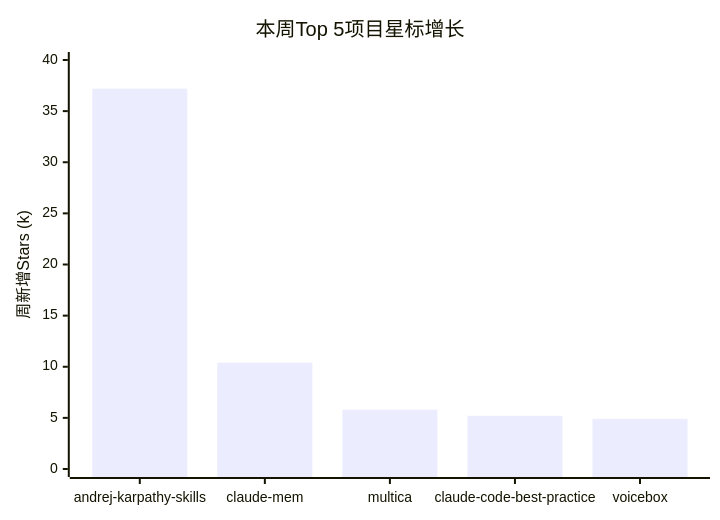
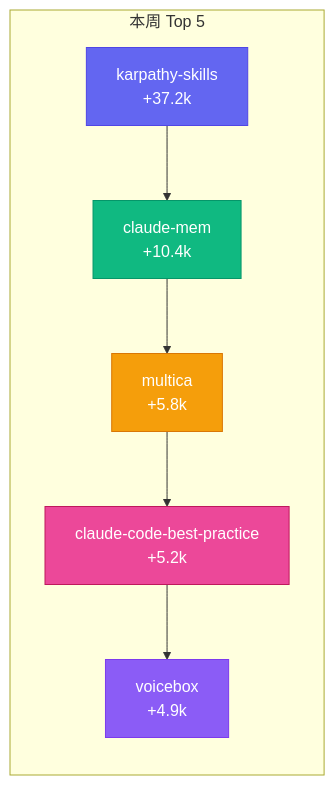
One commit to VokoForge/ai-prism changed the first of 2 diagrams in posts/external-lens/zh/day-10.md. Above: the diagram before and after it, drawn with Mermaid. The commit also changed other lines of this file and 11 other files, not shown here.

Commit message:
✍️ Rewrite external lens: strict WeChat style + fix all Mermaid diagrams

````diff
--- a/posts/external-lens/zh/day-10.md
+++ b/posts/external-lens/zh/day-10.md
@@ -12,7 +7,15 @@
 ```mermaid
-xychart-beta
-    title "本周Top 5项目星标增长"
-    x-axis ["andrej-karpathy-skills", "claude-mem", "multica", "claude-code-best-practice", "voicebox"]
-    y-axis "周新增Stars (k)" 0 --> 40
-    bar [37.2, 10.4, 5.8, 5.2, 4.9]
+flowchart LR
+    subgraph TOP5[本周 Top 5]
+        K[karpathy-skills<br>+37.2k] --> CM[claude-mem<br>+10.4k]
+        CM --> MU[multica<br>+5.8k]
+        MU --> CB[claude-code-best-practice<br>+5.2k]
+        CB --> VB[voicebox<br>+4.9k]
+    end
+
+    style K fill:#6366f1,stroke:#4f46e5,color:#fff
+    style CM fill:#10b981,stroke:#059669,color:#fff
+    style MU fill:#f59e0b,stroke:#d97706,color:#fff
+    style CB fill:#ec4899,stroke:#be185d,color:#fff
+    style VB fill:#8b5cf6,stroke:#7c3aed,color:#fff
 ```
````
